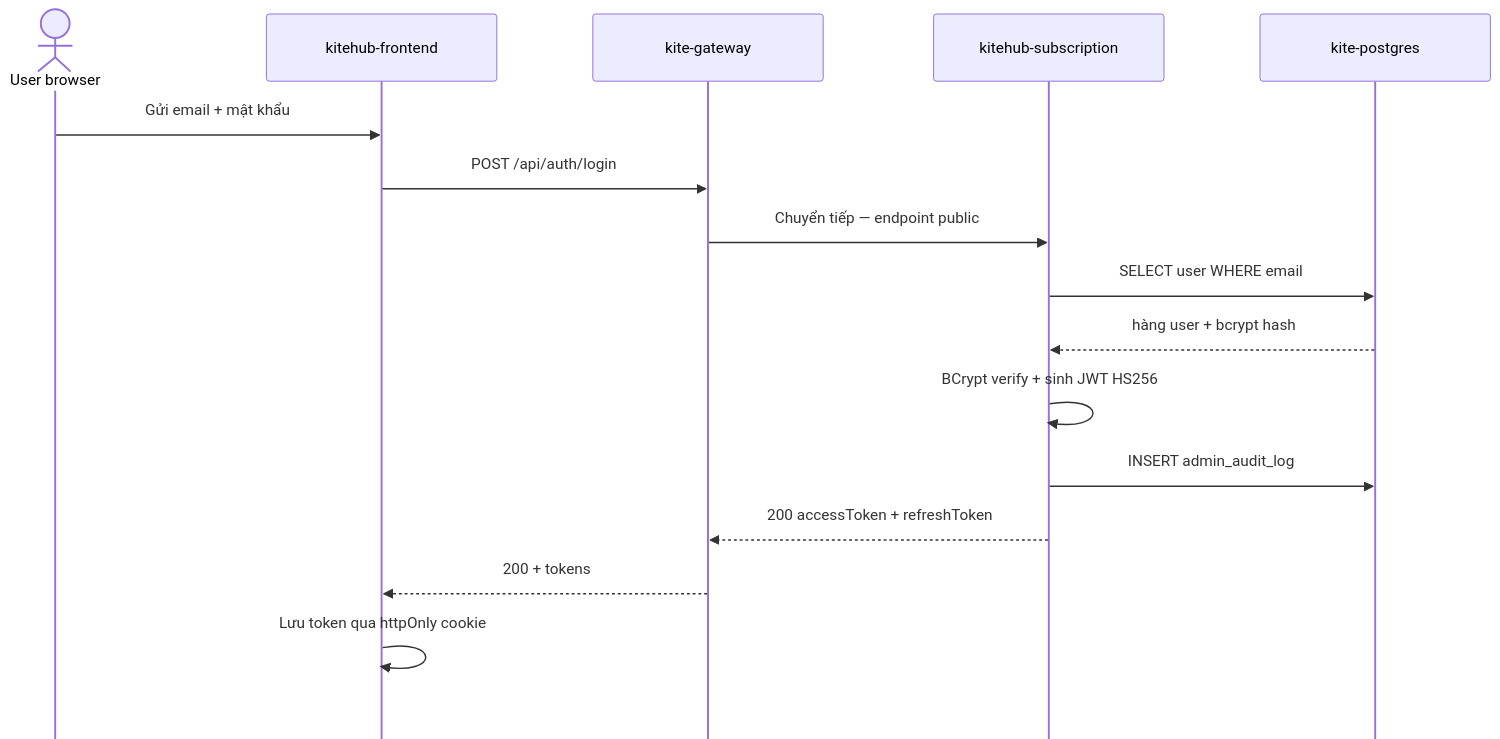
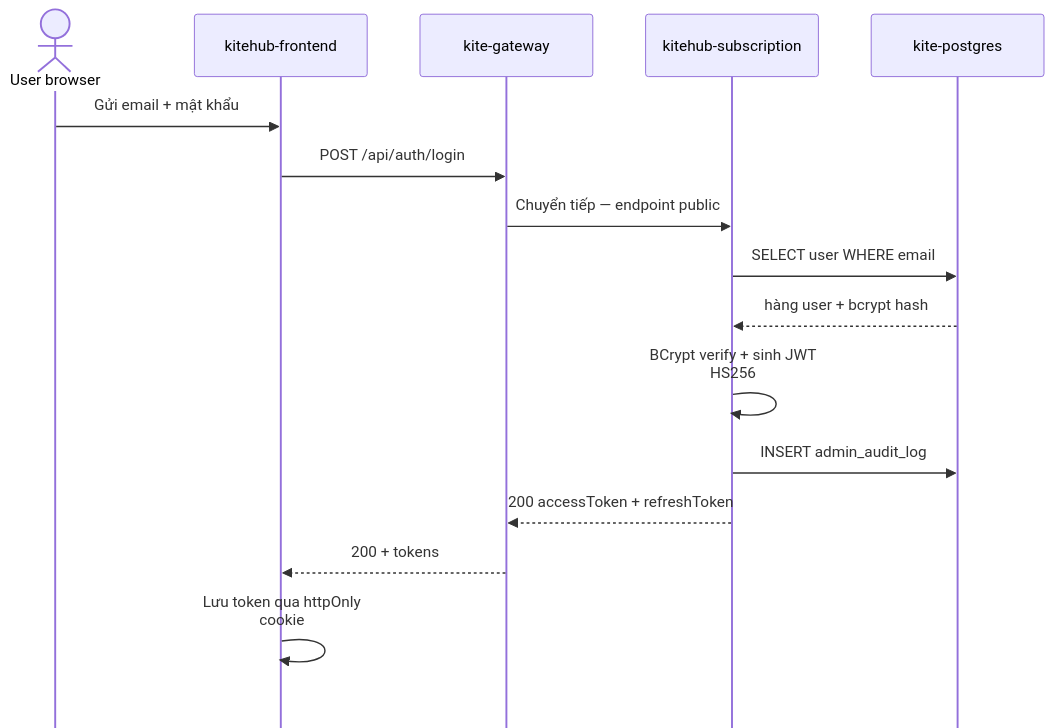
One commit to VictorAurelius/2026-Kite-Class-Platform changed the fourth of 14 diagrams in documents/08-thesis/chapter-2-system-architecture.md. Above: the diagram before and after it, drawn with Mermaid. The commit also changed other lines of this file and 157 other files, not shown here.

````diff
--- a/documents/08-thesis/chapter-2-system-architecture.md
+++ b/documents/08-thesis/chapter-2-system-architecture.md
@@ -435,20 +409,20 @@
 ```mermaid
-%%{init: {"sequence": {"diagramMarginX": 50, "diagramMarginY": 25, "actorMargin": 100, "width": 240, "height": 70, "boxMargin": 18, "boxTextMargin": 10, "noteMargin": 15, "messageMargin": 50, "mirrorActors": false}, "themeVariables": {"fontSize": "28px", "messageFontSize": "26px", "noteFontSize": "26px"}}}%%
+%%{init: {"sequence": {"diagramMarginX": 30, "diagramMarginY": 20, "actorMargin": 55, "width": 180, "height": 65, "boxMargin": 14, "boxTextMargin": 8, "noteMargin": 12, "messageMargin": 40, "mirrorActors": false, "wrap": true}, "themeVariables": {"fontSize": "36px", "messageFontSize": "34px", "noteFontSize": "34px"}}}%%
 sequenceDiagram
     actor User as User browser
     participant FE as kitehub-frontend
     participant GW as kite-gateway
     participant Sub as kitehub-subscription
     participant PG as kite-postgres
 
     User->>FE: Gửi email + mật khẩu
     FE->>GW: POST /api/auth/login
     GW->>Sub: Chuyển tiếp — endpoint public
     Sub->>PG: SELECT user WHERE email
     PG-->>Sub: hàng user + bcrypt hash
     Sub->>Sub: BCrypt verify + sinh JWT HS256
     Sub->>PG: INSERT admin_audit_log
     Sub-->>GW: 200 accessToken + refreshToken
     GW-->>FE: 200 + tokens
     FE->>FE: Lưu token qua httpOnly cookie
 ```
````
